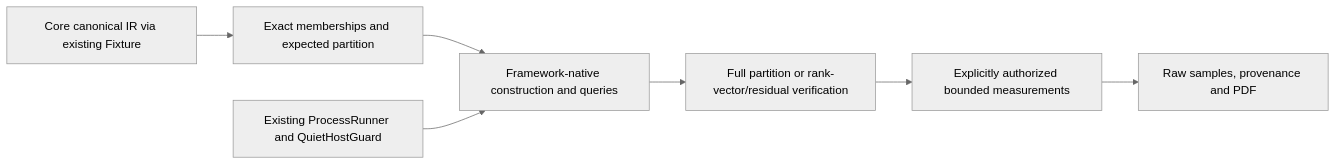
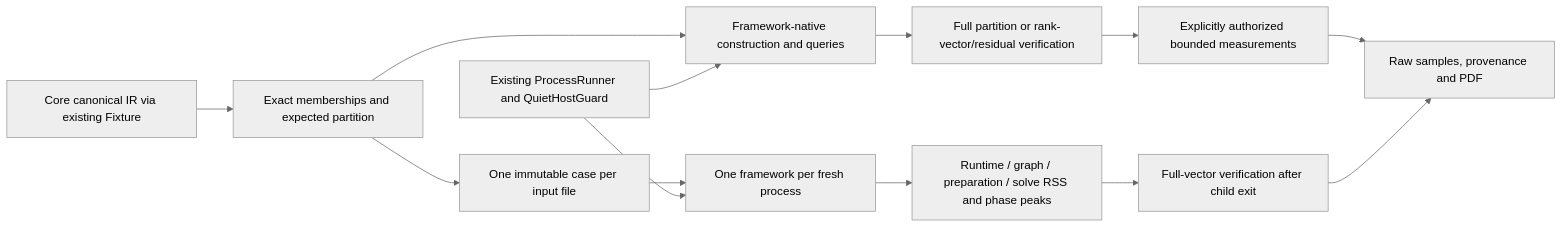
The diagram in docs/plans/2026-10-21-external-frameworks/plan.mmd (hymeko-framework/graph), drawn with Mermaid (neutral theme) before and after one commit. The commit also changed 15 other files, not shown here.

Commit message:
Add verified external PageRank and isolated memory benchmarks

```diff
--- a/docs/plans/2026-10-21-external-frameworks/plan.mmd
+++ b/docs/plans/2026-10-21-external-frameworks/plan.mmd
@@ -1,7 +1,13 @@
 flowchart LR
     Core[Core canonical IR via existing Fixture] --> Export[Exact memberships and expected partition]
     Export --> Adapters[Framework-native construction and queries]
     Guard[Existing ProcessRunner and QuietHostGuard] --> Adapters
     Adapters --> Validate[Full partition or rank-vector/residual verification]
     Validate --> Timings[Explicitly authorized bounded measurements]
     Timings --> Report[Raw samples, provenance and PDF]
+    Export --> Single[One immutable case per input file]
+    Single --> Isolated[One framework per fresh process]
+    Guard --> Isolated
+    Isolated --> Memory[Runtime / graph / preparation / solve RSS and phase peaks]
+    Memory --> Oracle[Full-vector verification after child exit]
+    Oracle --> Report
```
